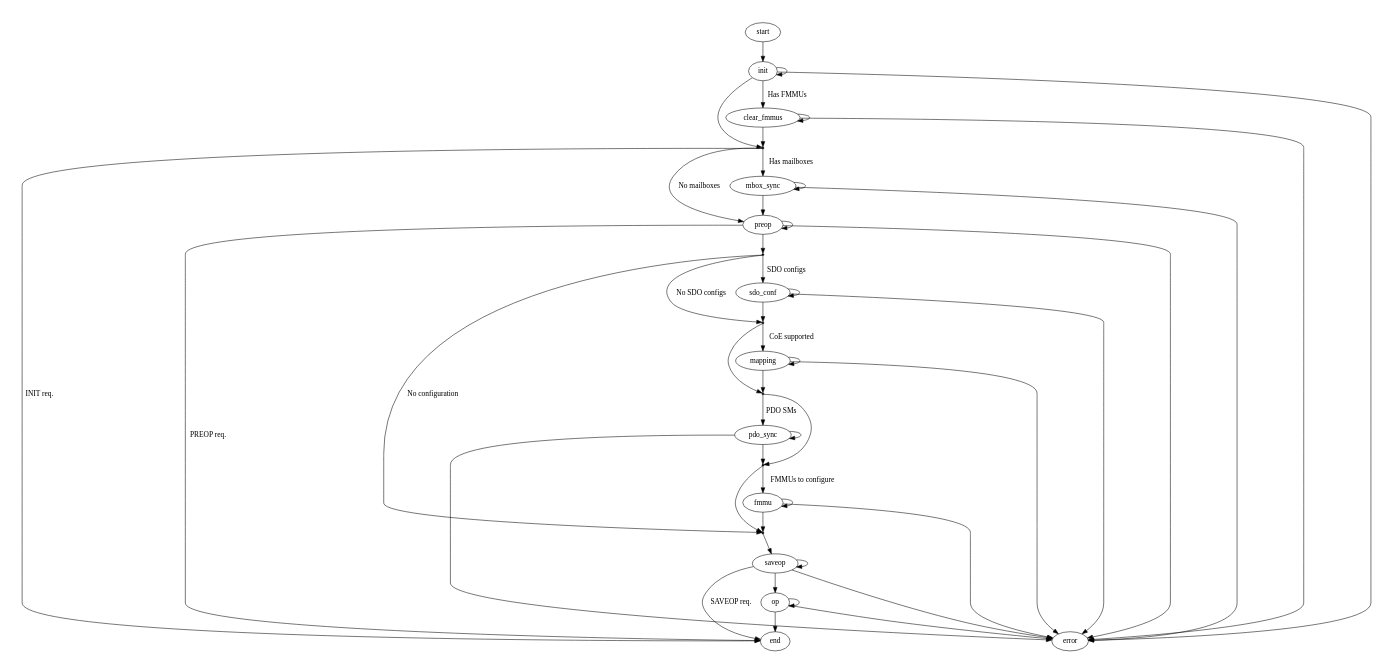
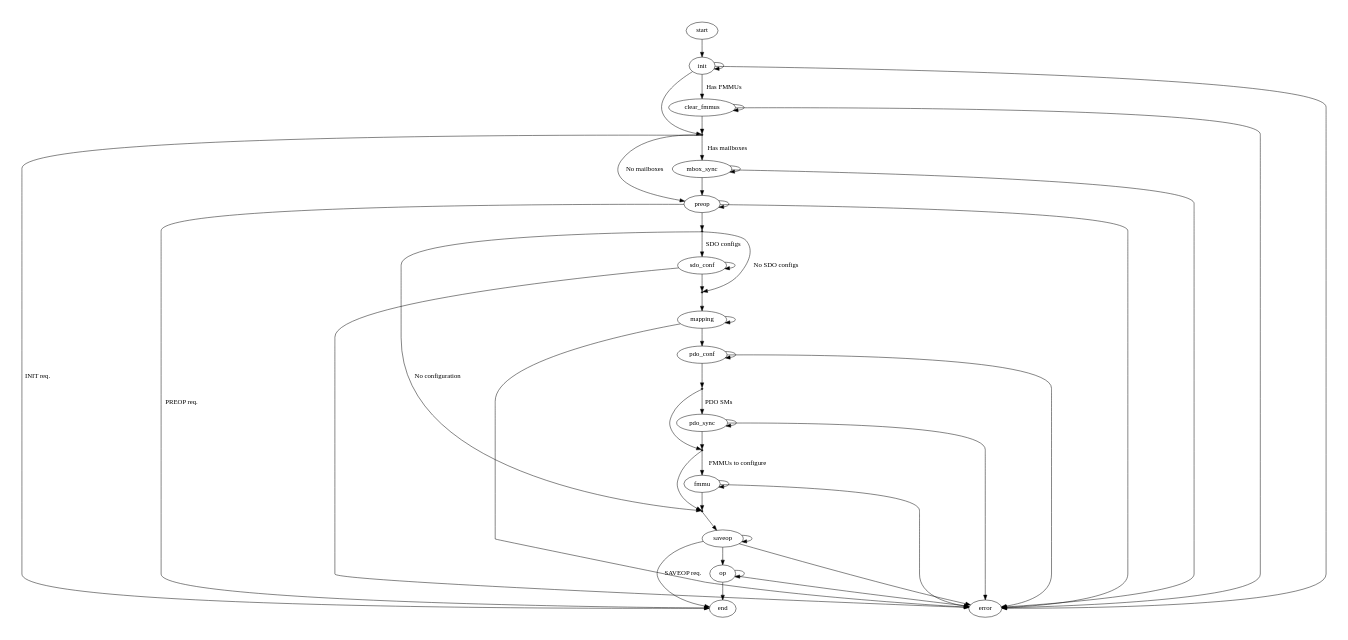
The diagram in documentation/graphs/fsm_slave_conf.dot (ribalda/ethercat), drawn with Graphviz before and after one commit. The commit also changed 14 other files, not shown here.

```diff
--- a/documentation/graphs/fsm_slave_conf.dot
+++ b/documentation/graphs/fsm_slave_conf.dot
@@ -1,60 +1,62 @@
 digraph slaveconf {
     size="7,9"
     center=1
 	ratio=fill
 
     enter_mbox_sync [shape=point,label=""]
     enter_fmmu [shape=point,label=""]
     enter_sdo_conf [shape=point,label=""]
     enter_mapping [shape=point,label=""]
     enter_pdo_sync [shape=point,label=""]
     enter_saveop [shape=point,label=""]
 
     start -> init [weight=10]
     init -> init
     init -> error
     init -> enter_mbox_sync
     init -> clear_fmmus [label="Has FMMUs", weight=10]
     clear_fmmus -> clear_fmmus
     clear_fmmus -> error
     clear_fmmus -> enter_mbox_sync [weight=10]
     enter_mbox_sync -> end [label="INIT req."]
     enter_mbox_sync -> preop [label="No mailboxes"]
     enter_mbox_sync -> mbox_sync [label="Has mailboxes", weight=10]
     mbox_sync -> mbox_sync
     mbox_sync -> error
     mbox_sync -> preop [weight=10]
     preop -> preop
     preop -> error
     preop -> end [label="PREOP req."]
     preop -> enter_sdo_conf [weight=10]
     enter_sdo_conf -> enter_saveop [label="No configuration"]
     enter_sdo_conf -> enter_mapping [label="No SDO configs"]
     enter_sdo_conf -> sdo_conf [label="SDO configs", weight=10]
     sdo_conf -> sdo_conf
     sdo_conf -> error
     sdo_conf -> enter_mapping [weight=10]
-    enter_mapping -> mapping [label="CoE supported", weight=10]
-    enter_mapping -> enter_pdo_sync
+    enter_mapping -> mapping [weight=10]
     mapping -> mapping
     mapping -> error
-    mapping -> enter_pdo_sync [weight=10]
+    mapping -> pdo_conf [weight=10]
+    pdo_conf -> pdo_conf
+    pdo_conf -> error
+    pdo_conf -> enter_pdo_sync [weight=10]
     enter_pdo_sync -> pdo_sync [label="PDO SMs", weight=10]
     enter_pdo_sync -> enter_fmmu
     pdo_sync -> pdo_sync
     pdo_sync -> error
     pdo_sync -> enter_fmmu [weight=10]
     enter_fmmu -> enter_saveop
     enter_fmmu -> fmmu [label="FMMUs to configure", weight=10]
     fmmu -> fmmu
     fmmu -> error
     fmmu -> enter_saveop [weight=10]
     enter_saveop -> saveop
     saveop -> saveop
     saveop -> error
     saveop -> end [label="SAVEOP req."]
     saveop -> op [weight=10]
     op -> op
     op -> error
     op -> end [weight=10]
 }
```
